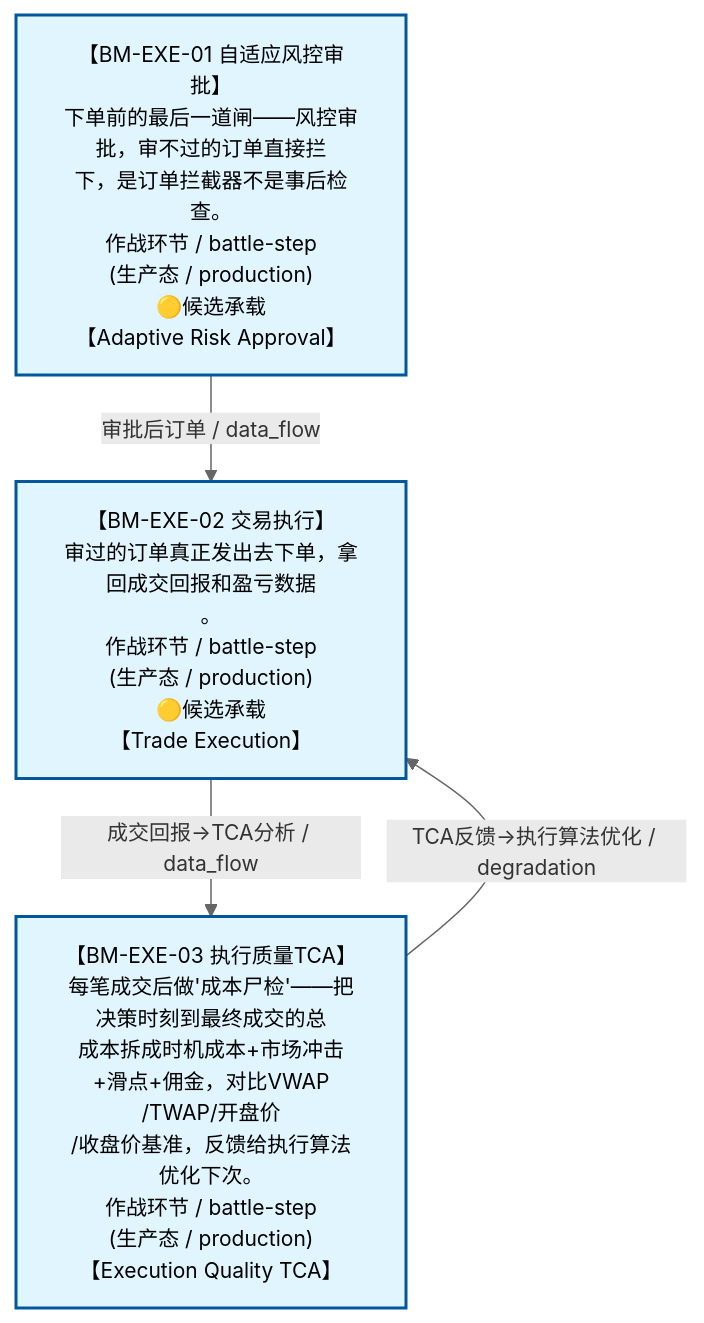
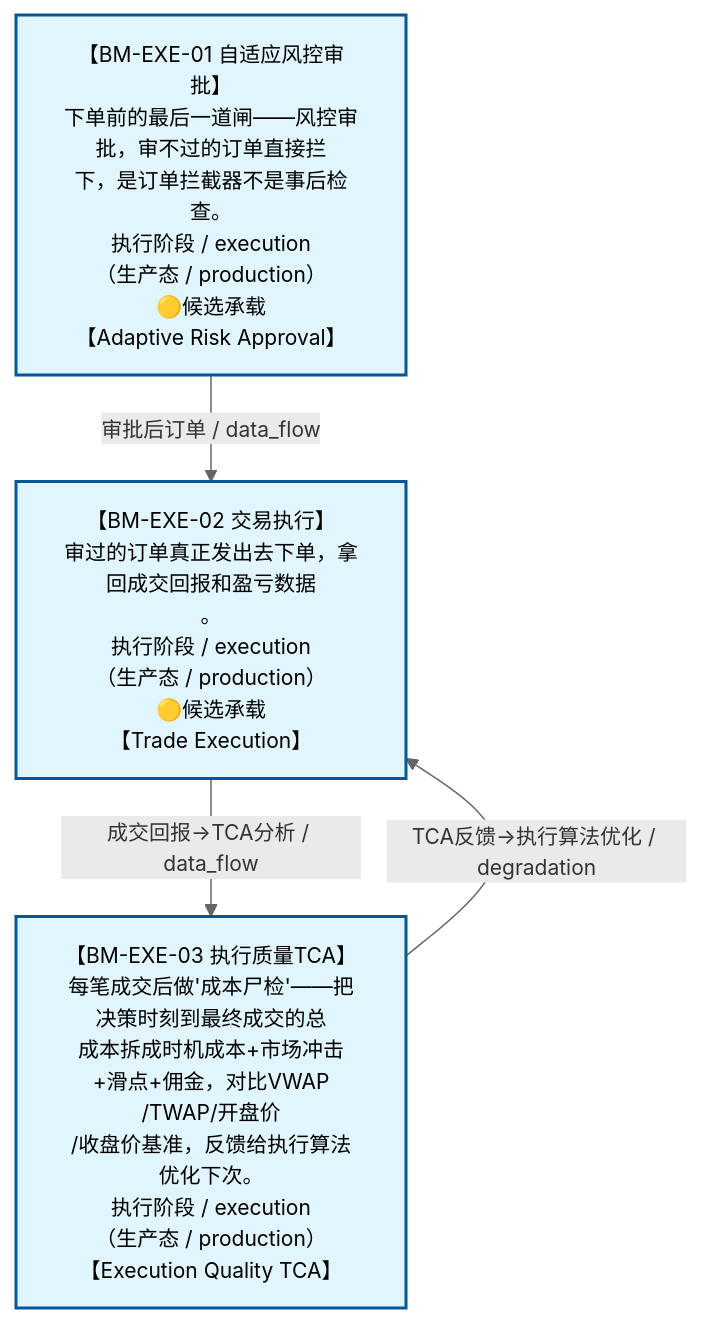
One commit to xuanFelixVan/ZephyrAlpha changed the diagram in docs/02_enterprise_architecture/07_trading_decision_architecture/battle_map/battle_map_05_execution.md. Above: the diagram before and after it, drawn with Mermaid. The commit also changed 9 other files, not shown here.

First line of the commit message:
feat(battle_map): V0.4.0 作战地图父子嵌套机制——schema+写入校验+对齐检查+生成器subgraph+模板V1.5

````diff
--- a/docs/02_enterprise_architecture/07_trading_decision_architecture/battle_map/battle_map_05_execution.md
+++ b/docs/02_enterprise_architecture/07_trading_decision_architecture/battle_map/battle_map_05_execution.md
@@ -38,18 +38,18 @@
 ```mermaid
 %%{init: {'theme': 'base', 'themeVariables': {'primaryColor': '#eaeaea', 'primaryTextColor': '#333333', 'primaryBorderColor': '#666666', 'lineColor': '#666666', 'secondaryColor': '#eaeaea', 'tertiaryColor': '#eaeaea', 'clusterBkg': 'transparent', 'clusterBorder': 'transparent', 'fontSize': '14px'}}}%%
 %% 执行阶段图
 flowchart TD
-    BM_EXE_01["【BM-EXE-01 自适应风控审批】<br/>下单前的最后一道闸——风控审批，审不过的订单直接拦<br/>下，是订单拦截器不是事后检查。<br/>作战环节 / battle-step<br/>(生产态 / production)<br/>🟡候选承载<br/>【Adaptive Risk Approval】"]
-    BM_EXE_02["【BM-EXE-02 交易执行】<br/>审过的订单真正发出去下单，拿回成交回报和盈亏数据<br/>。<br/>作战环节 / battle-step<br/>(生产态 / production)<br/>🟡候选承载<br/>【Trade Execution】"]
-    BM_EXE_03["【BM-EXE-03 执行质量TCA】<br/>每笔成交后做'成本尸检'——把决策时刻到最终成交的总<br/>成本拆成时机成本+市场冲击+滑点+佣金，对比VWAP<br/>/TWAP/开盘价<br/>/收盘价基准，反馈给执行算法优化下次。<br/>作战环节 / battle-step<br/>(生产态 / production)<br/>【Execution Quality TCA】"]
+    BM_EXE_01["【BM-EXE-01 自适应风控审批】<br/>下单前的最后一道闸——风控审批，审不过的订单直接拦<br/>下，是订单拦截器不是事后检查。<br/>执行阶段 / execution<br/>（生产态 / production）<br/>🟡候选承载<br/>【Adaptive Risk Approval】"]
+    BM_EXE_02["【BM-EXE-02 交易执行】<br/>审过的订单真正发出去下单，拿回成交回报和盈亏数据<br/>。<br/>执行阶段 / execution<br/>（生产态 / production）<br/>🟡候选承载<br/>【Trade Execution】"]
+    BM_EXE_03["【BM-EXE-03 执行质量TCA】<br/>每笔成交后做'成本尸检'——把决策时刻到最终成交的总<br/>成本拆成时机成本+市场冲击+滑点+佣金，对比VWAP<br/>/TWAP/开盘价<br/>/收盘价基准，反馈给执行算法优化下次。<br/>执行阶段 / execution<br/>（生产态 / production）<br/>【Execution Quality TCA】"]
     BM_EXE_02 ~~~ BM_EXE_03
     BM_EXE_01 -->|审批后订单 / data_flow| BM_EXE_02
     BM_EXE_02 -->|成交回报→TCA分析 / data_flow| BM_EXE_03
     BM_EXE_03 -->|TCA反馈→执行算法优化 / degradation| BM_EXE_02
 classDef production fill:#e1f5fe,stroke:#01579b,stroke-width:2px,color:#000
 classDef design fill:#fff3e0,stroke:#e65100,stroke-width:2px,color:#000,stroke-dasharray: 5 5
 classDef deprecated fill:#ffebee,stroke:#c62828,stroke-width:2px,color:#000
 classDef missing fill:#eeeeee,stroke:#9e9e9e,stroke-width:2px,color:#000
 classDef candidate fill:#fffde7,stroke:#f9a825,stroke-width:2px,color:#000,stroke-dasharray: 5 5
     class BM_EXE_01,BM_EXE_02,BM_EXE_03 production
 ```
````
